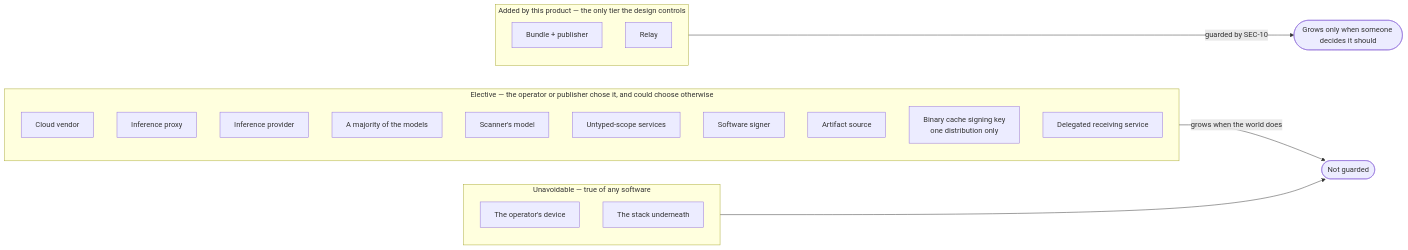
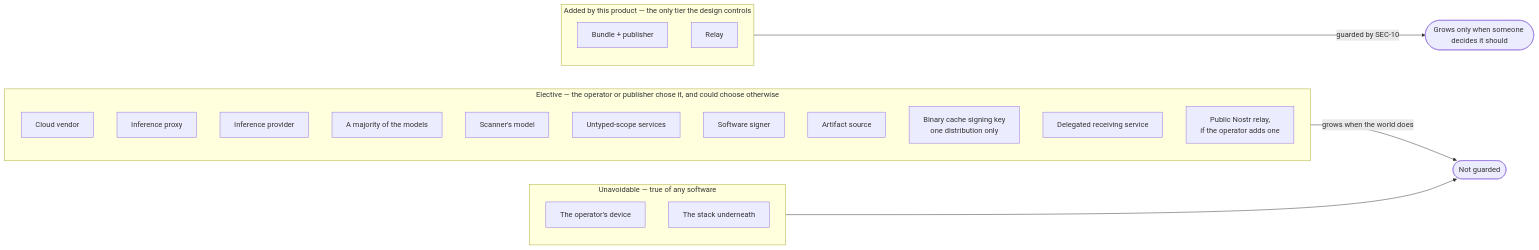
The diagram in 05-trust.md (douglaz/tau-web-spec), drawn with Mermaid before and after one commit. The commit also changed other lines of this file and 15 other files, not shown here.

First line of the commit message:
docs: the machine speaks Nostr, and per-machine keys derive from an operator seed

````diff
--- a/05-trust.md
+++ b/05-trust.md
@@ -10,26 +10,27 @@
 ```mermaid
 flowchart LR
     subgraph U["Unavoidable — true of any software"]
         U1[The operator's device]
         U2[The stack underneath]
     end
     subgraph E["Elective — the operator or publisher chose it, and could choose otherwise"]
         E1[Cloud vendor]
         E2[Inference proxy]
         E3[Inference provider]
         E4[A majority of the models]
         E5[Scanner's model]
         E6[Untyped-scope services]
         E7[Software signer]
         E8[Artifact source]
         E8a["Binary cache signing key<br/>one distribution only"]
         E9[Delegated receiving service]
+        E10["Public Nostr relay,<br/>if the operator adds one"]
     end
     subgraph A["Added by this product — the only tier the design controls"]
         A1[Bundle + publisher]
         A2[Relay]
     end
     A -->|"guarded by SEC-10"| GUARD([Grows only when someone decides it should])
     E -->|grows when the world does| WORLD([Not guarded])
     U --> WORLD
 ```
````
